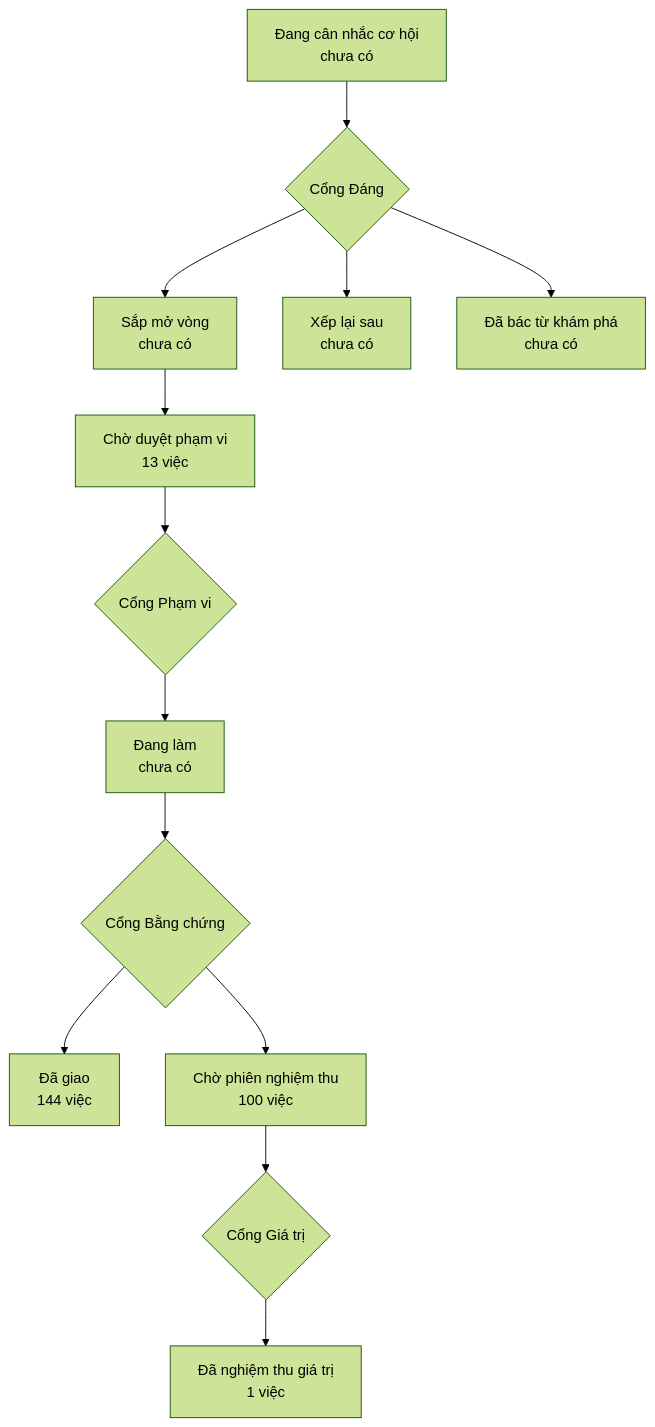
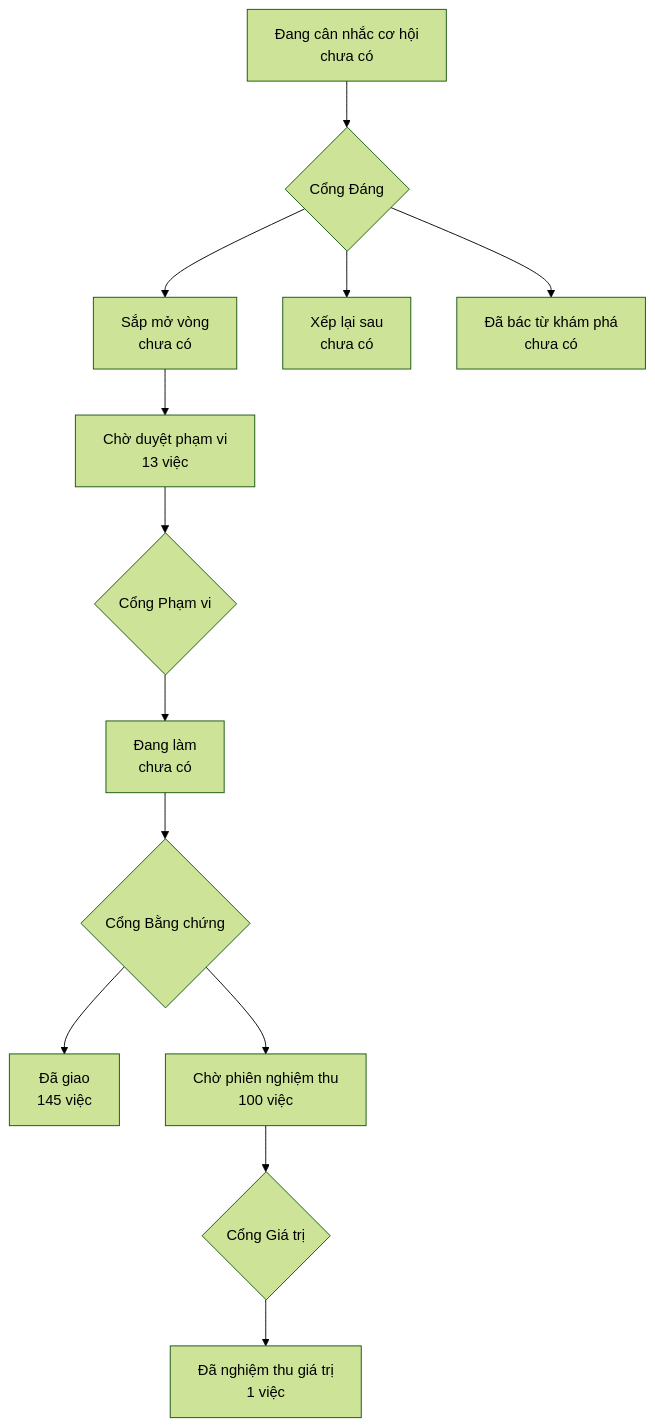
The diagram in PRODUCT-MAP.md (phanlemanh/onehub-invest), drawn with Mermaid (forest theme) before and after one commit. The commit also changed other lines of this file and 1 other file, not shown here.

Commit message:
chore: vẽ lại bản đồ sản phẩm và lộ trình sau khi gộp main

````diff
--- a/PRODUCT-MAP.md
+++ b/PRODUCT-MAP.md
@@ -7,12 +7,12 @@
 ```mermaid
 flowchart TD
   A["Đang cân nhắc cơ hội<br/>chưa có"] --> GD{"Cổng Đáng"}
   GD --> B["Sắp mở vòng<br/>chưa có"]
   GD --> XL["Xếp lại sau<br/>chưa có"]
   GD --> DB["Đã bác từ khám phá<br/>chưa có"]
   B --> CD["Chờ duyệt phạm vi<br/>13 việc"] --> GP{"Cổng Phạm vi"}
   GP --> DL["Đang làm<br/>chưa có"] --> GB{"Cổng Bằng chứng"}
-  GB --> DG["Đã giao<br/>144 việc"]
+  GB --> DG["Đã giao<br/>145 việc"]
   GB --> CN["Chờ phiên nghiệm thu<br/>100 việc"] --> GG{"Cổng Giá trị"}
   GG --> NT["Đã nghiệm thu giá trị<br/>1 việc"]
 ```
````
